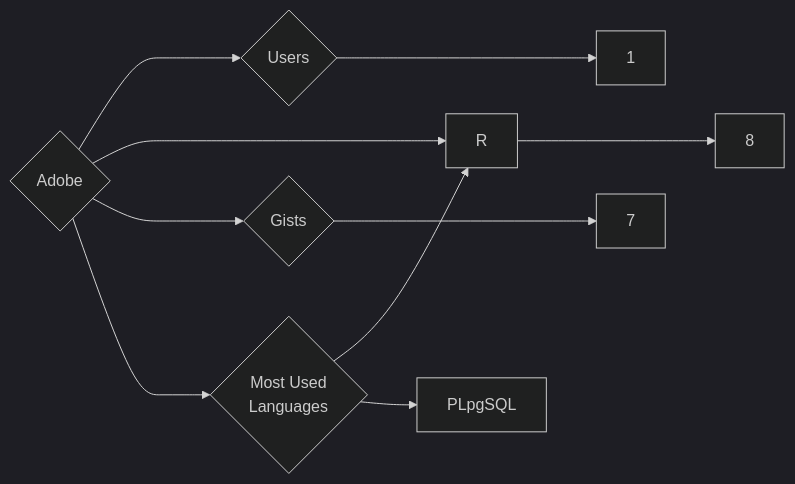
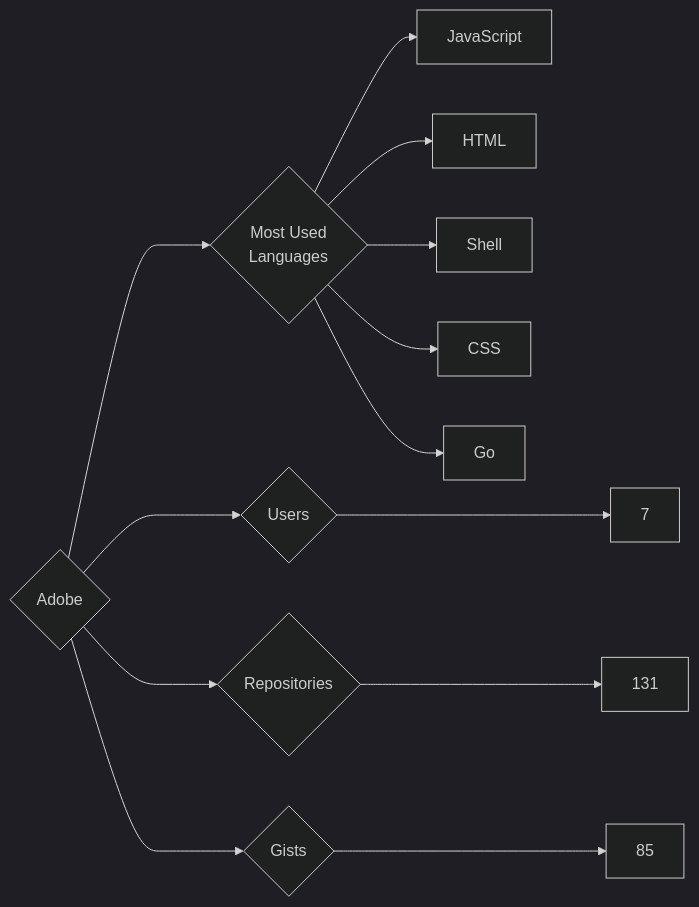
The diagram in targets/Adobe/README.md (trickest/insiders), drawn with Mermaid (dark theme) before and after one commit. The commit also changed 985 other files, not shown here.

````diff
--- a/targets/Adobe/README.md
+++ b/targets/Adobe/README.md
@@ -3,10 +3,13 @@
 ```mermaid
 graph LR
 COMPANY_NAME{Adobe}
-COMPANY_NAME ---> U{Users} ---> UN[1]
-COMPANY_NAME ---> R{Repositories} ---> RN[8]
-COMPANY_NAME ---> G{Gists} ---> GN[7]
+COMPANY_NAME ---> U{Users} ---> UN[7]
+COMPANY_NAME ---> R{Repositories} ---> RN[131]
+COMPANY_NAME ---> G{Gists} ---> GN[85]
 COMPANY_NAME ---> ML{Most Used<br>Languages}
-ML --> R[R]
-ML --> PLpgSQL[PLpgSQL]
+ML --> JavaScript[JavaScript]
+ML --> HTML[HTML]
+ML --> Shell[Shell]
+ML --> CSS[CSS]
+ML --> Go[Go]
 ```
````
